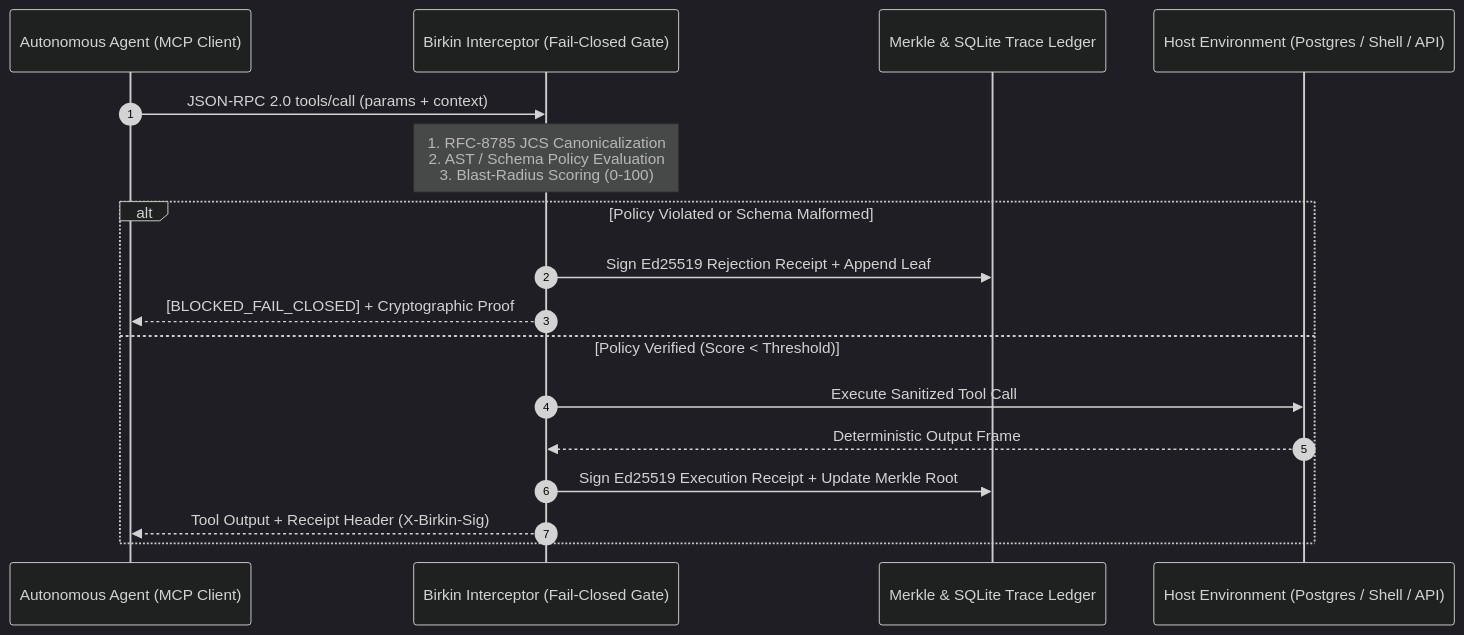
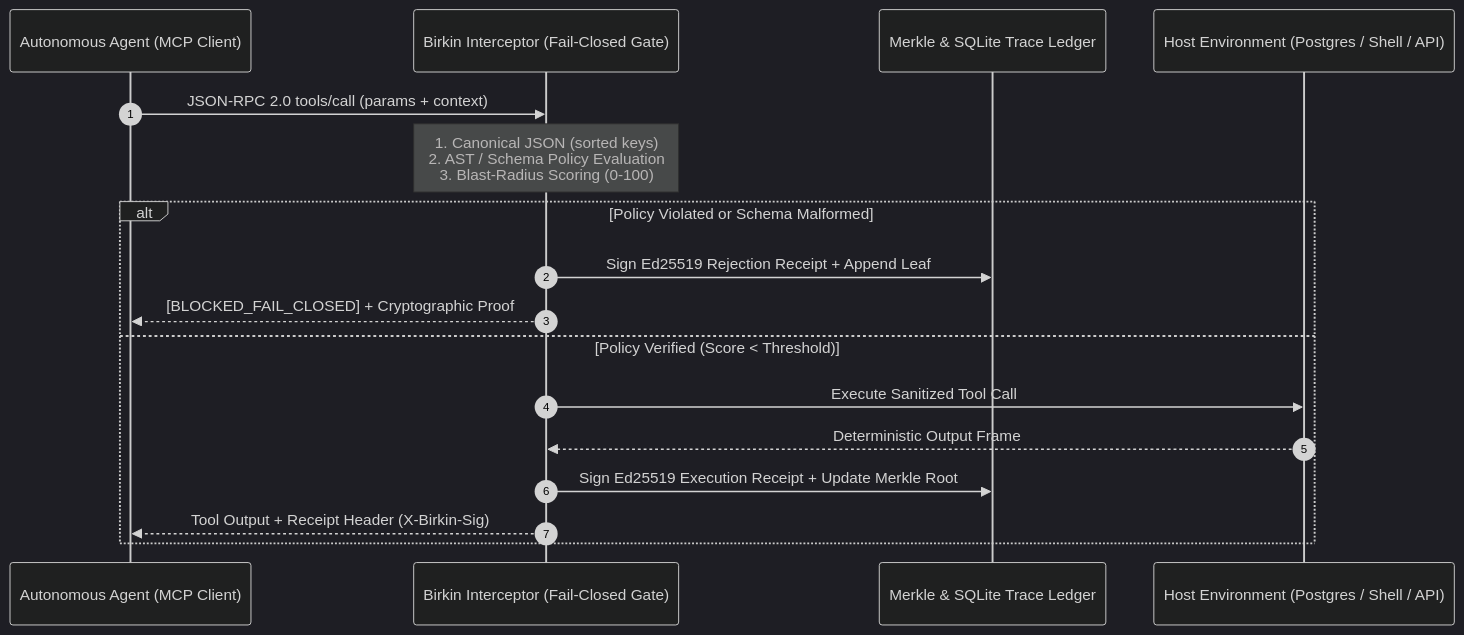
One commit to NickAltstein/Birkin changed the diagram in README.md. Above: the diagram before and after it, drawn with Mermaid (dark theme). The commit also changed other lines of this file, not shown here.

Commit message:
docs: rename RFC-8785 label to canonical JSON (sorted keys)

````diff
--- a/README.md
+++ b/README.md
@@ -140,20 +140,20 @@
 ```mermaid
 sequenceDiagram
     autonumber
     participant Agent as Autonomous Agent (MCP Client)
     participant Proxy as Birkin Interceptor (Fail-Closed Gate)
     participant Ledger as Merkle & SQLite Trace Ledger
     participant Host as Host Environment (Postgres / Shell / API)
 
     Agent->>Proxy: JSON-RPC 2.0 tools/call (params + context)
-    Note over Proxy: 1. RFC-8785 JCS Canonicalization<br/>2. AST / Schema Policy Evaluation<br/>3. Blast-Radius Scoring (0-100)
+    Note over Proxy: 1. Canonical JSON (sorted keys)<br/>2. AST / Schema Policy Evaluation<br/>3. Blast-Radius Scoring (0-100)
     alt Policy Violated or Schema Malformed
         Proxy->>Ledger: Sign Ed25519 Rejection Receipt + Append Leaf
         Proxy-->>Agent: [BLOCKED_FAIL_CLOSED] + Cryptographic Proof
     else Policy Verified (Score < Threshold)
         Proxy->>Host: Execute Sanitized Tool Call
         Host-->>Proxy: Deterministic Output Frame
         Proxy->>Ledger: Sign Ed25519 Execution Receipt + Update Merkle Root
         Proxy-->>Agent: Tool Output + Receipt Header (X-Birkin-Sig)
     end
 ```
````
